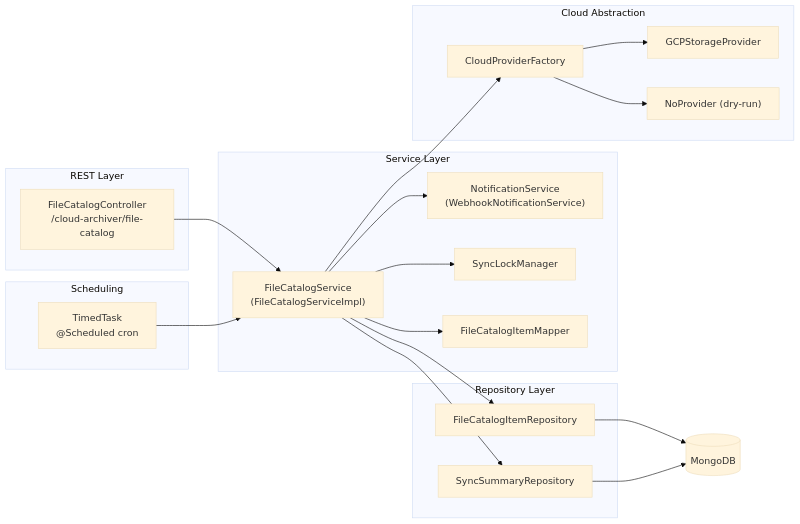
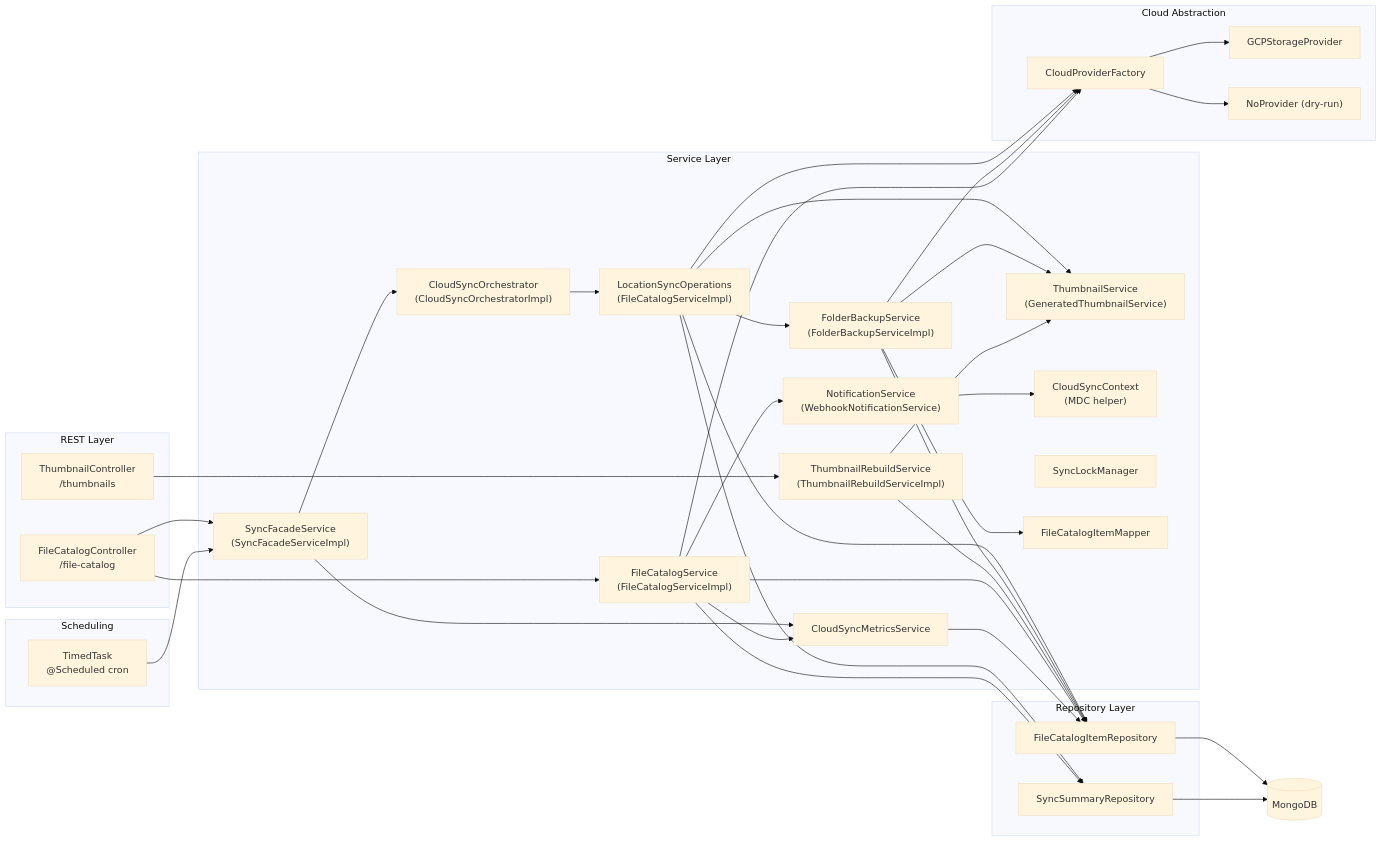
The second of 3 diagrams in docs/architecture.md (ringuerel/cloud-archiver), drawn with Mermaid (base theme) before and after one commit. The commit also changed other lines of this file and 32 other files, not shown here.

````diff
--- a/docs/architecture.md
+++ b/docs/architecture.md
@@ -41,41 +41,67 @@
 ```mermaid
 graph LR
     subgraph API["REST Layer"]
-        CTRL["FileCatalogController\n/cloud-archiver/file-catalog"]
+        CTRL["FileCatalogController\n/file-catalog"]
+        TCTRL["ThumbnailController\n/thumbnails"]
     end
 
     subgraph Scheduling["Scheduling"]
         TT["TimedTask\n@Scheduled cron"]
     end
 
     subgraph Service["Service Layer"]
         FCS["FileCatalogService\n(FileCatalogServiceImpl)"]
+        SYNC["SyncFacadeService\n(SyncFacadeServiceImpl)"]
+        ORCH["CloudSyncOrchestrator\n(CloudSyncOrchestratorImpl)"]
+        FBS["FolderBackupService\n(FolderBackupServiceImpl)"]
+        LSO["LocationSyncOperations\n(FileCatalogServiceImpl)"]
+        TRS["ThumbnailRebuildService\n(ThumbnailRebuildServiceImpl)"]
+        TS["ThumbnailService\n(GeneratedThumbnailService)"]
+        METRICS["CloudSyncMetricsService"]
+        CTX["CloudSyncContext\n(MDC helper)"]
         NS["NotificationService\n(WebhookNotificationService)"]
         SLM["SyncLockManager"]
         MAPPER["FileCatalogItemMapper"]
     end
 
     subgraph CloudAbstraction["Cloud Abstraction"]
         CPF["CloudProviderFactory"]
         GCP_P["GCPStorageProvider"]
         NO_P["NoProvider (dry-run)"]
     end
 
     subgraph Repository["Repository Layer"]
         REPO["FileCatalogItemRepository"]
         SREPO["SyncSummaryRepository"]
     end
 
     CTRL --> FCS
-    TT --> FCS
-    FCS --> SLM
-    FCS --> MAPPER
+    CTRL --> SYNC
+    TCTRL --> TRS
+    TT --> SYNC
+    SYNC --> ORCH
+    SYNC --> METRICS
+    ORCH --> LSO
+    LSO --> FBS
+    LSO --> CPF
+    LSO --> REPO
+    LSO --> SREPO
+    LSO --> TS
+    FBS --> MAPPER
+    FBS --> CPF
+    FBS --> REPO
+    FBS --> TS
+    TRS --> REPO
+    TRS --> TS
     FCS --> CPF
     FCS --> REPO
     FCS --> SREPO
+    FCS --> METRICS
     FCS --> NS
+    NS --> CTX
+    METRICS --> REPO
     CPF --> GCP_P
     CPF --> NO_P
     REPO --> MONGO[("MongoDB")]
     SREPO --> MONGO
 ```
````
